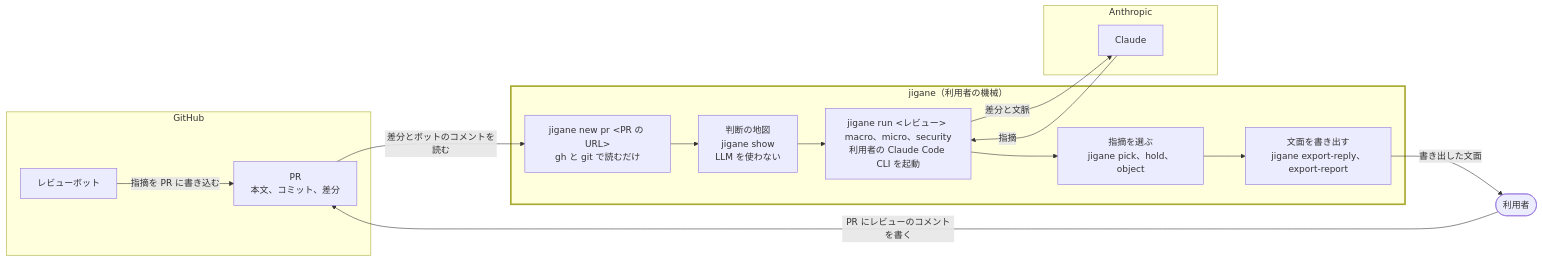
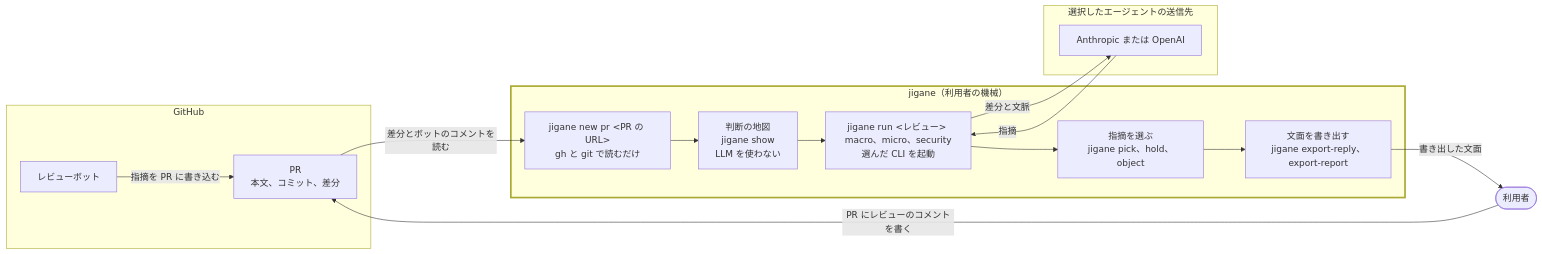
The diagram in README.md (kokiTakashiki/jigane), drawn with Mermaid before and after one commit. The commit also changed other lines of this file and 154 other files, not shown here.

````diff
--- a/README.md
+++ b/README.md
@@ -17,26 +9,26 @@
 ```mermaid
 flowchart LR
     subgraph github["GitHub"]
         pr["PR<br/>本文、コミット、差分"]
         bot["レビューボット"]
     end
     subgraph jigane["jigane（利用者の機械）"]
         new["jigane new pr &lt;PR の URL&gt;<br/>gh と git で読むだけ"]
         map["判断の地図<br/>jigane show<br/>LLM を使わない"]
-        run["jigane run &lt;レビュー&gt; macro、micro、security<br/>利用者の Claude Code CLI を起動"]
+        run["jigane run &lt;レビュー&gt; macro、micro、security<br/>選んだ CLI を起動"]
         pick["指摘を選ぶ<br/>jigane pick、hold、object"]
         out["文面を書き出す<br/>jigane export-reply、export-report"]
         new --> map --> run --> pick --> out
     end
     reviewer(["利用者"])
-    subgraph anthropic["Anthropic"]
-        claude["Claude"]
+    subgraph provider["選択したエージェントの送信先"]
+        model["Anthropic または OpenAI"]
     end
     pr -- "差分とボットのコメントを読む" --> new
     out -- "書き出した文面" --> reviewer
     reviewer -- "PR にレビューのコメントを書く" --> pr
     bot -- "指摘を PR に書き込む" --> pr
-    run -- "差分と文脈" --> claude
-    claude -- "指摘" --> run
+    run -- "差分と文脈" --> model
+    model -- "指摘" --> run
     style jigane stroke-width:3px
 ```
````
